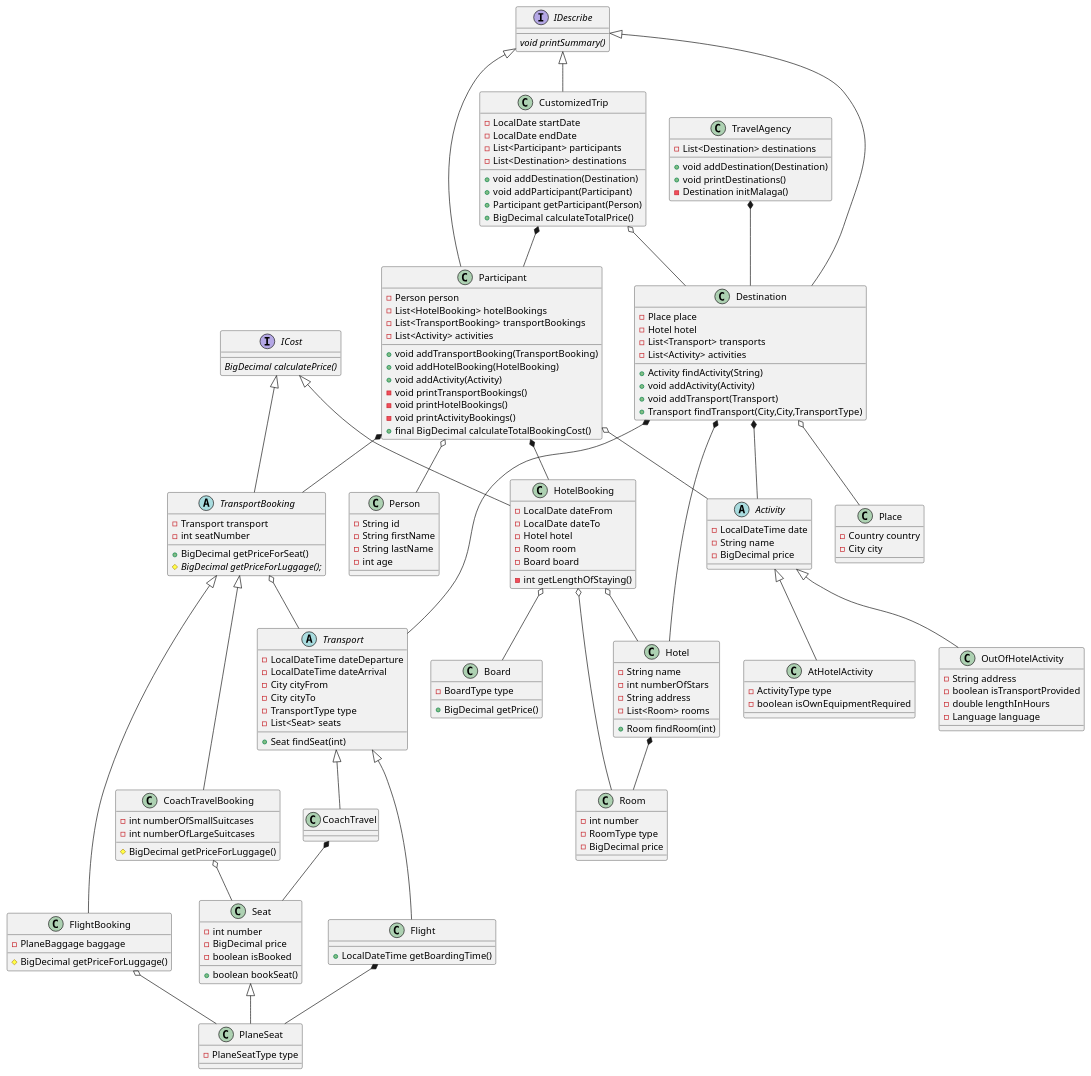
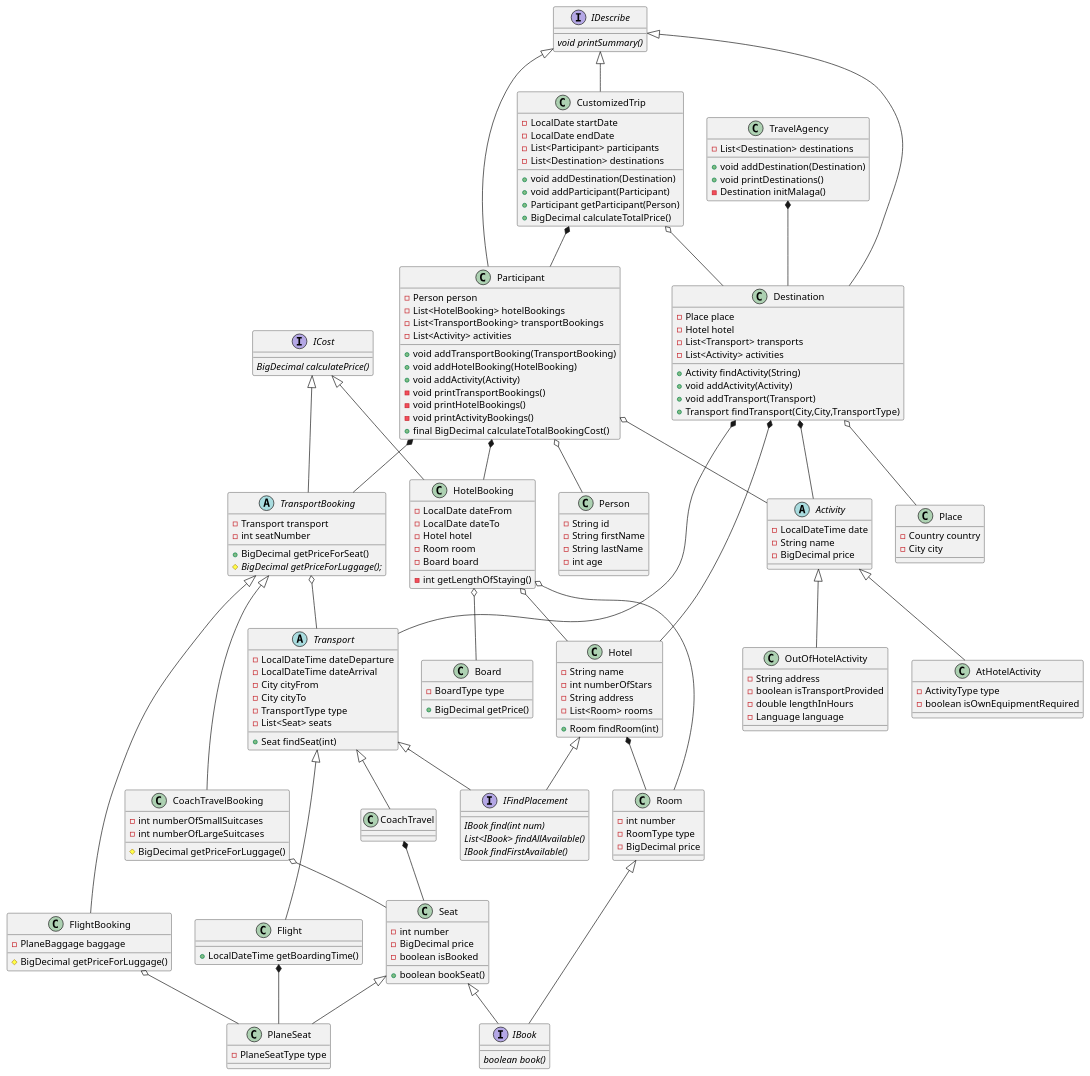
Before and after one commit to asiajanicka/TravelAgency: the diagram in src/main/java/docs/ClassDiagram.puml, drawn with PlantUML. The commit also changed 7 other files, not shown here.

Commit message:
Added more functions to IFindPlacement

```diff
--- a/src/main/java/docs/ClassDiagram.puml
+++ b/src/main/java/docs/ClassDiagram.puml
@@ -1,169 +1,181 @@
 @startuml
 interface ICost {
 {abstract} BigDecimal calculatePrice()
 }
 interface IDescribe {
 {abstract} void printSummary()
+}
+interface IBook {
+{abstract} boolean book()
+}
+interface IFindPlacement {
+{abstract} IBook find(int num)
+{abstract} List<IBook> findAllAvailable()
+{abstract} IBook findFirstAvailable()
 }
 class Hotel {
 - String name
 - int numberOfStars
 - String address
 - List<Room> rooms
 + Room findRoom(int)
 }
 class PlaneSeat {
 - PlaneSeatType type
 }
 class Seat {
 - int number
 - BigDecimal price
 - boolean isBooked
 + boolean bookSeat()
 }
 class Participant {
 - Person person
 - List<HotelBooking> hotelBookings
 - List<TransportBooking> transportBookings
 - List<Activity> activities
 + void addTransportBooking(TransportBooking)
 + void addHotelBooking(HotelBooking)
 + void addActivity(Activity)
 - void printTransportBookings()
 - void printHotelBookings()
 - void printActivityBookings()
 + final BigDecimal calculateTotalBookingCost()
 }
 class FlightBooking {
 - PlaneBaggage baggage
 # BigDecimal getPriceForLuggage()
 }
 class CustomizedTrip {
 - LocalDate startDate
 - LocalDate endDate
 - List<Participant> participants
 - List<Destination> destinations
 + void addDestination(Destination)
 + void addParticipant(Participant)
 + Participant getParticipant(Person)
 '+ void printSummary()
 + BigDecimal calculateTotalPrice()
 }
 class HotelBooking {
 - LocalDate dateFrom
 - LocalDate dateTo
 - Hotel hotel
 - Room room
 - Board board
 - int getLengthOfStaying()
 }
 class Board {
 - BoardType type
 + BigDecimal getPrice()
 }
 class Flight {
 + LocalDateTime getBoardingTime()
 }
 class TravelAgency {
 - List<Destination> destinations
 + void addDestination(Destination)
 + void printDestinations()
 - Destination initMalaga()
 }
 class CoachTravelBooking {
 - int numberOfSmallSuitcases
 - int numberOfLargeSuitcases
 # BigDecimal getPriceForLuggage()
 }
 abstract class Transport {
 - LocalDateTime dateDeparture
 - LocalDateTime dateArrival
 - City cityFrom
 - City cityTo
 - TransportType type
 - List<Seat> seats
 + Seat findSeat(int)
 }
 class Place {
 - Country country
 - City city
 }
 class Room {
 - int number
 - RoomType type
 - BigDecimal price
 }
 class OutOfHotelActivity {
 - String address
 - boolean isTransportProvided
 - double lengthInHours
 - Language language
 }
 abstract class Activity {
 - LocalDateTime date
 - String name
 - BigDecimal price
 }
 class AtHotelActivity {
 - ActivityType type
 - boolean isOwnEquipmentRequired
 }
 class Destination {
 - Place place
 - Hotel hotel
 - List<Transport> transports
 - List<Activity> activities
 + Activity findActivity(String)
 + void addActivity(Activity)
 + void addTransport(Transport)
 '+ void printDestinationSummary()
 + Transport findTransport(City,City,TransportType)
 }
 abstract class TransportBooking {
 - Transport transport
 - int seatNumber
 + BigDecimal getPriceForSeat()
 # {abstract}BigDecimal getPriceForLuggage();
 }
 class Person {
 - String id
 - String firstName
 - String lastName
 - int age
 }
 class CoachTravel {
 }
 
 TravelAgency *-- Destination
 CustomizedTrip o-- Destination
 CustomizedTrip *-- Participant
 Destination *-- Transport
 Destination *-- Hotel
 Destination *-- Activity
 Destination o-- Place
 Participant o-- Person
 Participant o-- Activity
 Participant *-- HotelBooking
 Participant *-- TransportBooking
 CoachTravel *-- Seat
 Hotel *-- Room
 HotelBooking o-- Room
 HotelBooking o-- Board
 HotelBooking o-- Hotel
 TransportBooking o-- Transport
 CoachTravelBooking o-- Seat
 FlightBooking o-- PlaneSeat
 Flight *-- PlaneSeat
 ICost <|-- HotelBooking
 ICost <|-- TransportBooking
 IDescribe <|--  CustomizedTrip
 IDescribe <|-- Participant
 IDescribe <|-- Destination
+Room <|-- IBook
+Seat <|-- IBook
+Transport <|-- IFindPlacement
+Hotel <|-- IFindPlacement
 Seat <|-- PlaneSeat
 TransportBooking <|-- FlightBooking
 Transport <|-- Flight
 TransportBooking <|-- CoachTravelBooking
 Activity <|-- OutOfHotelActivity
 Activity <|-- AtHotelActivity
 Transport <|-- CoachTravel
 @enduml
```
